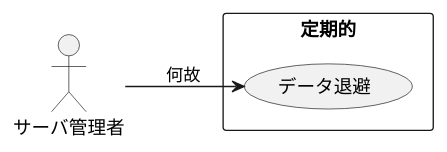
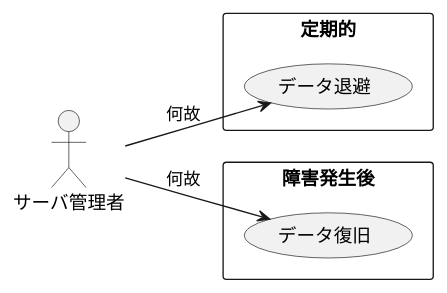
Before and after one commit to peregrin8alde/learn-ossdb-gold: the diagram in site/content/ja/docs/Appendix/uml/usecase/maintenance/usecases.puml, drawn with PlantUML. The commit also changed 4 other files, not shown here.

```diff
--- a/site/content/ja/docs/Appendix/uml/usecase/maintenance/usecases.puml
+++ b/site/content/ja/docs/Appendix/uml/usecase/maintenance/usecases.puml
@@ -1,21 +1,26 @@
 @startuml
 left to right direction
 
 /'
 actor "誰が" as who
 
 rectangle "いつ" {
   usecase "何をしたい" as UC1
 }
 who --> (UC1) : 何故
 '/
 
 actor "サーバ管理者" as admin
 
 rectangle "定期的" {
   usecase "データ退避" as UC_backup
 }
 admin --> (UC_backup) : 何故
 
+rectangle "障害発生後" {
+  usecase "データ復旧" as UC_restore
+}
+admin --> (UC_restore) : 何故
+
 
 @enduml
```
